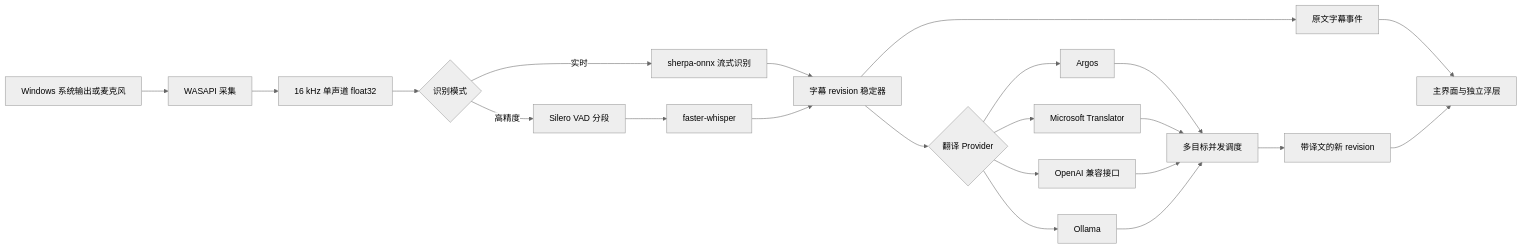
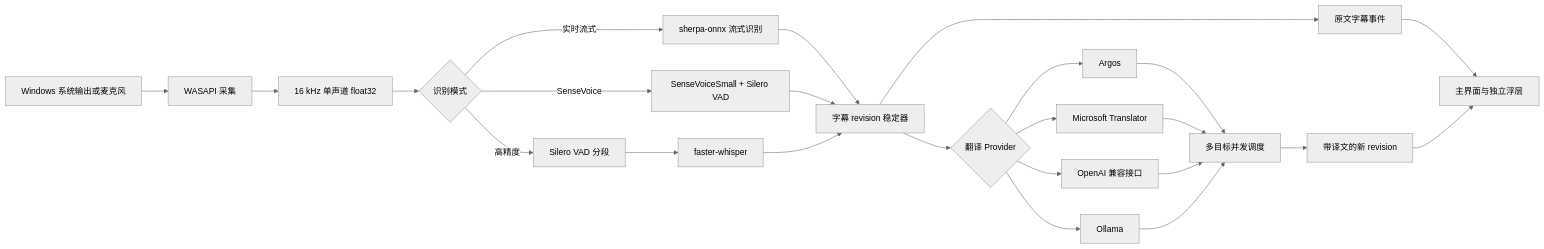
The diagram in docs/implementation.md (CerealAxis/Nola-Translator), drawn with Mermaid (neutral theme) before and after one commit. The commit also changed other lines of this file and 30 other files, not shown here.

````diff
--- a/docs/implementation.md
+++ b/docs/implementation.md
@@ -5,24 +5,26 @@
 ```mermaid
 flowchart LR
     A[Windows 系统输出或麦克风] --> B[WASAPI 采集]
     B --> C[16 kHz 单声道 float32]
     C --> D{识别模式}
-    D -->|实时| E[sherpa-onnx 流式识别]
-    D -->|高精度| F[Silero VAD 分段]
-    F --> G[faster-whisper]
-    E --> H[字幕 revision 稳定器]
-    G --> H
-    H --> I[原文字幕事件]
-    H --> J{翻译 Provider}
-    J --> K[Argos]
-    J --> L[Microsoft Translator]
-    J --> M[OpenAI 兼容接口]
-    J --> N[Ollama]
-    K --> O[多目标并发调度]
-    L --> O
-    M --> O
-    N --> O
-    O --> P[带译文的新 revision]
-    I --> Q[主界面与独立浮层]
-    P --> Q
+    D -->|实时流式| E[sherpa-onnx 流式识别]
+    D -->|SenseVoice| F[SenseVoiceSmall + Silero VAD]
+    D -->|高精度| G[Silero VAD 分段]
+    G --> H[faster-whisper]
+    E --> I[字幕 revision 稳定器]
+    F --> I
+    H --> I
+    I --> J[原文字幕事件]
+    I --> K{翻译 Provider}
+    K --> L[Argos]
+    K --> M[Microsoft Translator]
+    K --> N[OpenAI 兼容接口]
+    K --> O[Ollama]
+    L --> P[多目标并发调度]
+    M --> P
+    N --> P
+    O --> P
+    P --> Q[带译文的新 revision]
+    J --> R[主界面与独立浮层]
+    Q --> R
 ```
````
